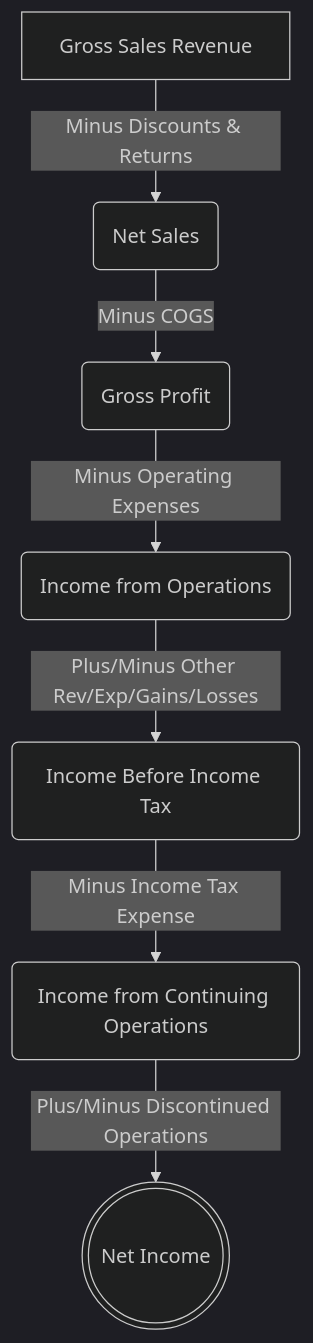
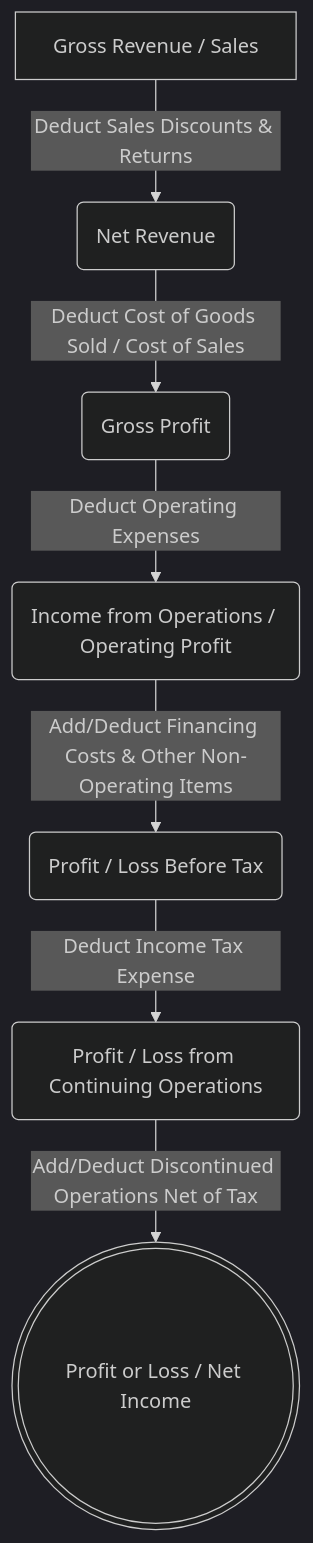
The first of 2 diagrams in note-res/ai-comprehension/acc-301-intermediate-accounting/phase-1/acc-301-notes-step-3.md (Soohaeib/shared-obsidian-notes), drawn with Mermaid (dark theme) before and after one commit. The commit also changed other lines of this file and 12 other files, not shown here.

````diff
--- a/note-res/ai-comprehension/acc-301-intermediate-accounting/phase-1/acc-301-notes-step-3.md
+++ b/note-res/ai-comprehension/acc-301-intermediate-accounting/phase-1/acc-301-notes-step-3.md
@@ -51,9 +40,9 @@
 ```mermaid
 flowchart TD
-    A[Gross Sales Revenue] -->|Minus Discounts & Returns| B(Net Sales)
-    B -->|Minus COGS| C(Gross Profit)
-    C -->|Minus Operating Expenses| D(Income from Operations)
-    D -->|Plus/Minus Other Rev/Exp/Gains/Losses| E(Income Before Income Tax)
-    E -->|Minus Income Tax Expense| F(Income from Continuing Operations)
-    F -->|Plus/Minus Discontinued Operations| G(((Net Income)))
+    A[Gross Revenue / Sales] -->|Deduct Sales Discounts & Returns| B(Net Revenue)
+    B -->|Deduct Cost of Goods Sold / Cost of Sales| C(Gross Profit)
+    C -->|Deduct Operating Expenses| D(Income from Operations / Operating Profit)
+    D -->|Add/Deduct Financing Costs & Other Non-Operating Items| E(Profit / Loss Before Tax)
+    E -->|Deduct Income Tax Expense| F(Profit / Loss from Continuing Operations)
+    F -->|Add/Deduct Discontinued Operations Net of Tax| G(((Profit or Loss / Net Income)))
 ```
````
